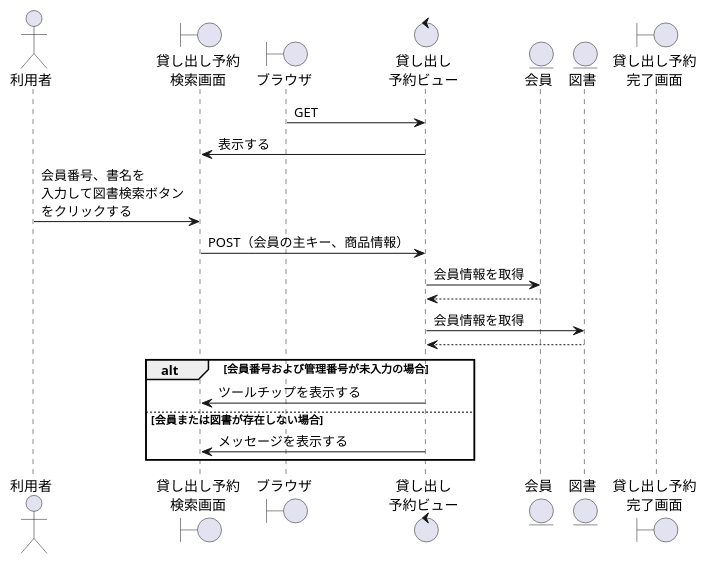
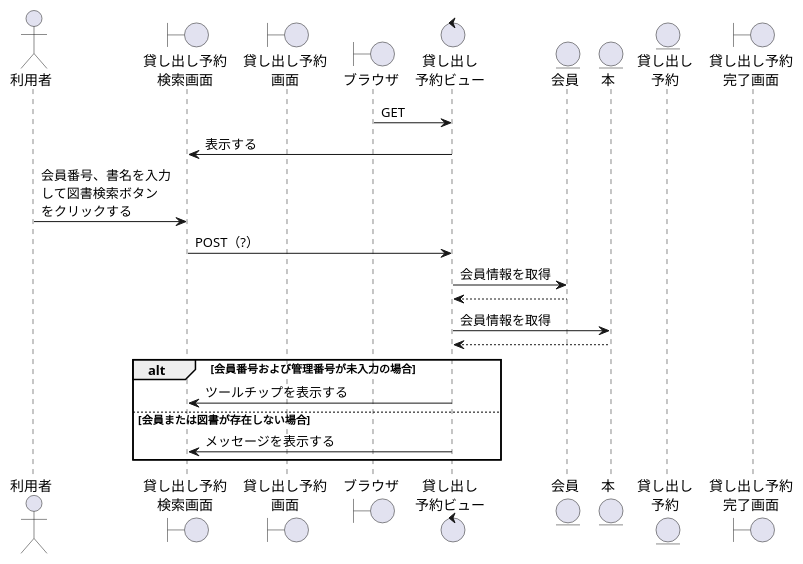
The diagram in 効果測定/貸し出し予約.wsd (ysyk-wtnb16/team_D), drawn with PlantUML before and after one commit. The commit also changed 3 other files, not shown here.

```diff
--- a/効果測定/貸し出し予約.wsd
+++ b/効果測定/貸し出し予約.wsd
@@ -1,27 +1,29 @@
 @startuml Rental Reservation
 
 actor "利用者" as user
 boundary "貸し出し予約\n検索画面" as RenRSs
+boundary "貸し出し予約\n画面" as RenRs
 boundary "ブラウザ" as brz
 control "貸し出し\n予約ビュー" as RenRv
 entity "会員" as member
-entity "図書" as book
+entity "本" as book
+entity "貸し出し\n予約" as RenR
 boundary "貸し出し予約\n完了画面" as RenRCs
  
 
 brz -> RenRv: GET
 RenRSs <- RenRv: 表示する
-user -> RenRSs: 会員番号、書名を\n入力して図書検索ボタン\nをクリックする
-RenRSs -> RenRv: POST（会員の主キー、商品情報）
+user -> RenRSs: 会員番号、書名を入力\nして図書検索ボタン\nをクリックする
+RenRSs -> RenRv: POST（?）
 RenRv -> member: 会員情報を取得
 RenRv <-- member
 RenRv -> book: 会員情報を取得
 RenRv <-- book
 alt 会員番号および管理番号が未入力の場合
     RenRSs <- RenRv:ツールチップを表示する
 else 会員または図書が存在しない場合
     RenRSs <- RenRv:メッセージを表示する
 end
 
 
 @enduml
```
